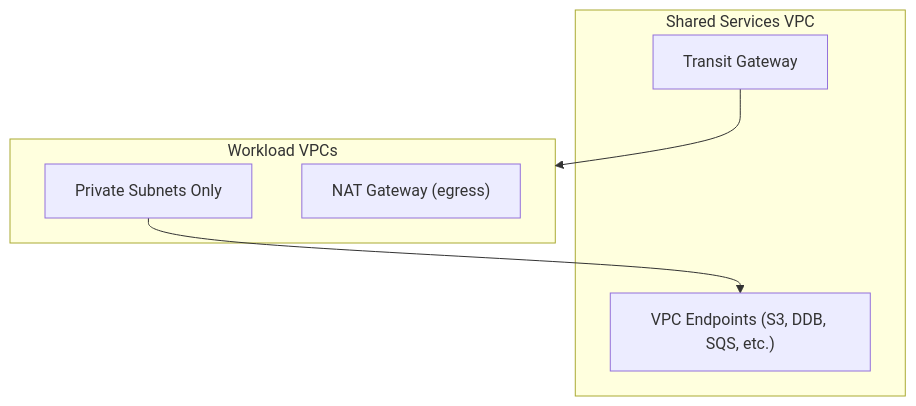
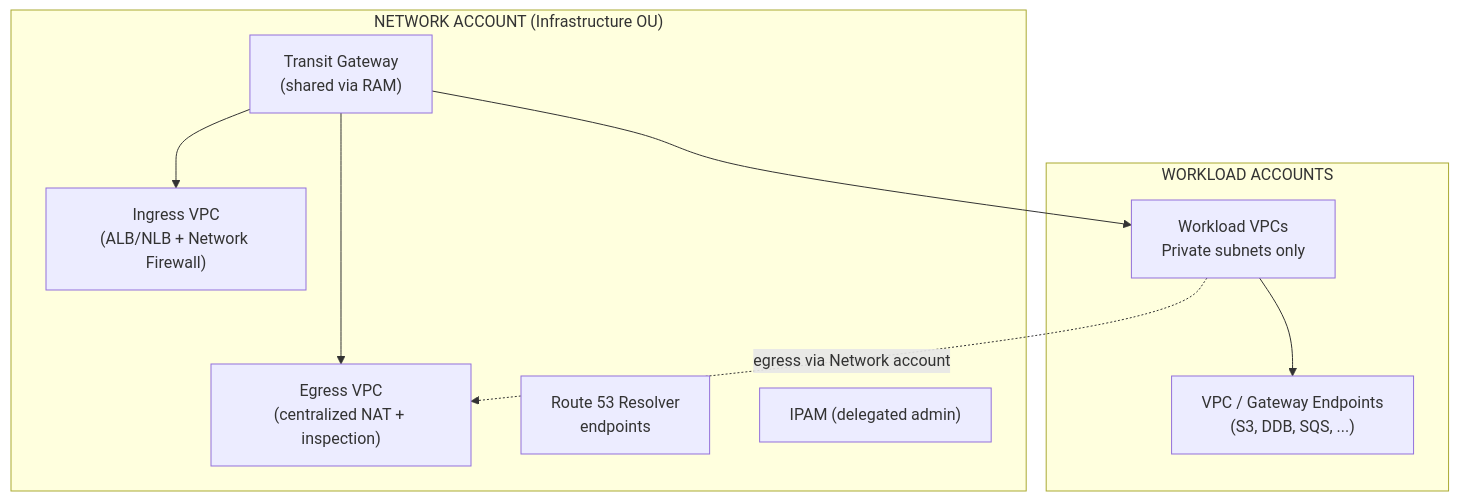
One commit to thothforge/cloud-native-framework changed the second of 4 diagrams in docs/17-multi-account-landing-zone.md. Above: the diagram before and after it, drawn with Mermaid. The commit also changed other lines of this file and 1 other file, not shown here.

First line of the commit message:
docs: expand landing-zone networking section (Network account, TGW vs Shared VPC, SGs, IPAM)

````diff
--- a/docs/17-multi-account-landing-zone.md
+++ b/docs/17-multi-account-landing-zone.md
@@ -402,13 +406,19 @@
 ```mermaid
 graph TD
-    subgraph SharedVPC["Shared Services VPC"]
-        TGW["Transit Gateway"]
-        ENDPOINTS["VPC Endpoints (S3, DDB, SQS, etc.)"]
+    subgraph NetworkAccount["NETWORK ACCOUNT (Infrastructure OU)"]
+        INGRESS["Ingress VPC<br/>(ALB/NLB + Network Firewall)"]
+        EGRESS["Egress VPC<br/>(centralized NAT + inspection)"]
+        TGW["Transit Gateway<br/>(shared via RAM)"]
+        RESOLVER["Route 53 Resolver<br/>endpoints"]
+        IPAM["IPAM (delegated admin)"]
     end
-    subgraph Workload["Workload VPCs"]
-        PRIVATE["Private Subnets Only"]
-        NAT["NAT Gateway (egress)"]
+    subgraph Workload["WORKLOAD ACCOUNTS"]
+        WVPC["Workload VPCs<br/>Private subnets only"]
+        ENDPOINTS["VPC / Gateway Endpoints<br/>(S3, DDB, SQS, ...)"]
     end
-    TGW --> Workload
-    PRIVATE --> ENDPOINTS
+    TGW --> INGRESS
+    TGW --> EGRESS
+    TGW --> WVPC
+    WVPC --> ENDPOINTS
+    WVPC -.->|"egress via Network account"| EGRESS
 ```
````
